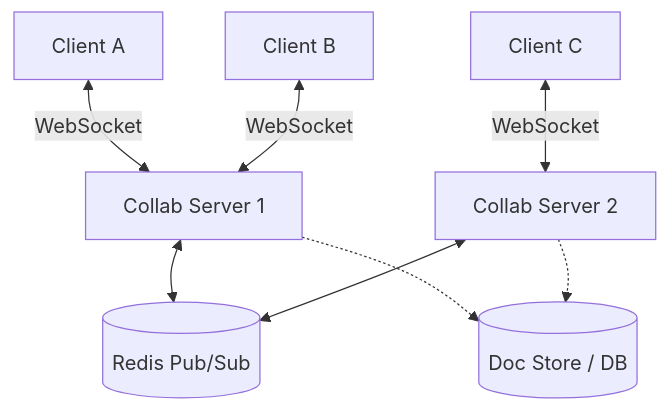
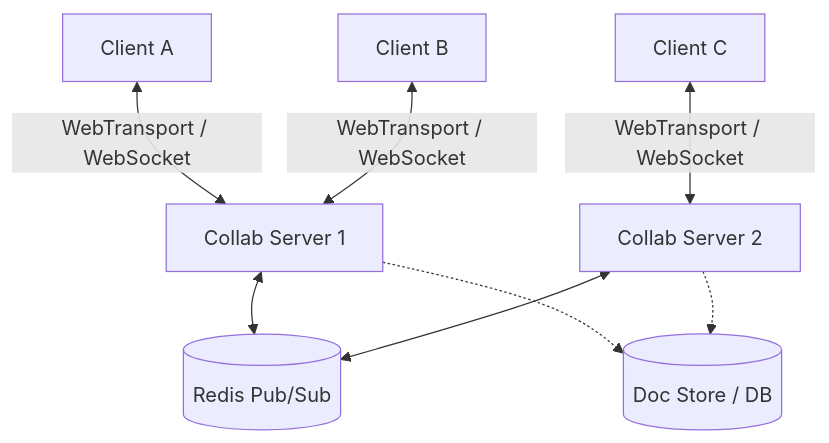
The diagram in site/content/designs/collaborative-webapp.md (huangsam/systology), drawn with Mermaid before and after one commit. The commit also changed other lines of this file and 14 other files, not shown here.

```diff
--- a/site/content/designs/collaborative-webapp.md
+++ b/site/content/designs/collaborative-webapp.md
@@ -30,12 +30,12 @@
 {{< mermaid >}}
 graph TD
-    UserA[Client A] <-->|WebSocket| WS1[Collab Server 1]
-    UserB[Client B] <-->|WebSocket| WS1
-    UserC[Client C] <-->|WebSocket| WS2[Collab Server 2]
+    UserA[Client A] <-->|WebTransport / WebSocket| WS1[Collab Server 1]
+    UserB[Client B] <-->|WebTransport / WebSocket| WS1
+    UserC[Client C] <-->|WebTransport / WebSocket| WS2[Collab Server 2]
 
     WS1 <--> PubSub[(Redis Pub/Sub)]
     WS2 <--> PubSub
 
     WS1 -.-> Store[(Doc Store / DB)]
     WS2 -.-> Store
 {{< /mermaid >}}
```
